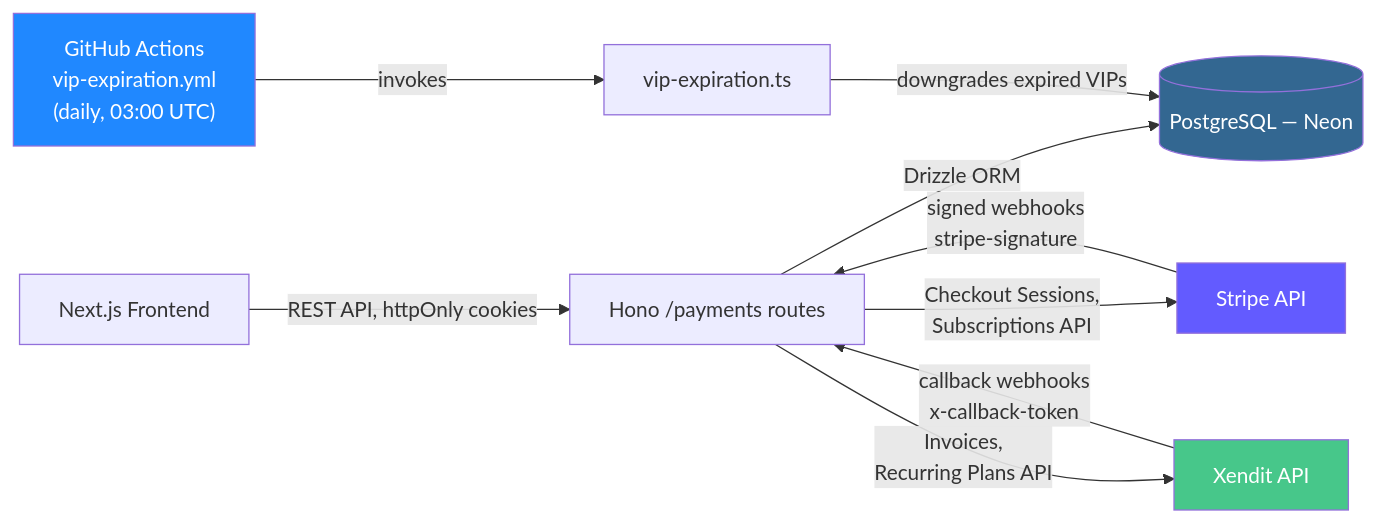
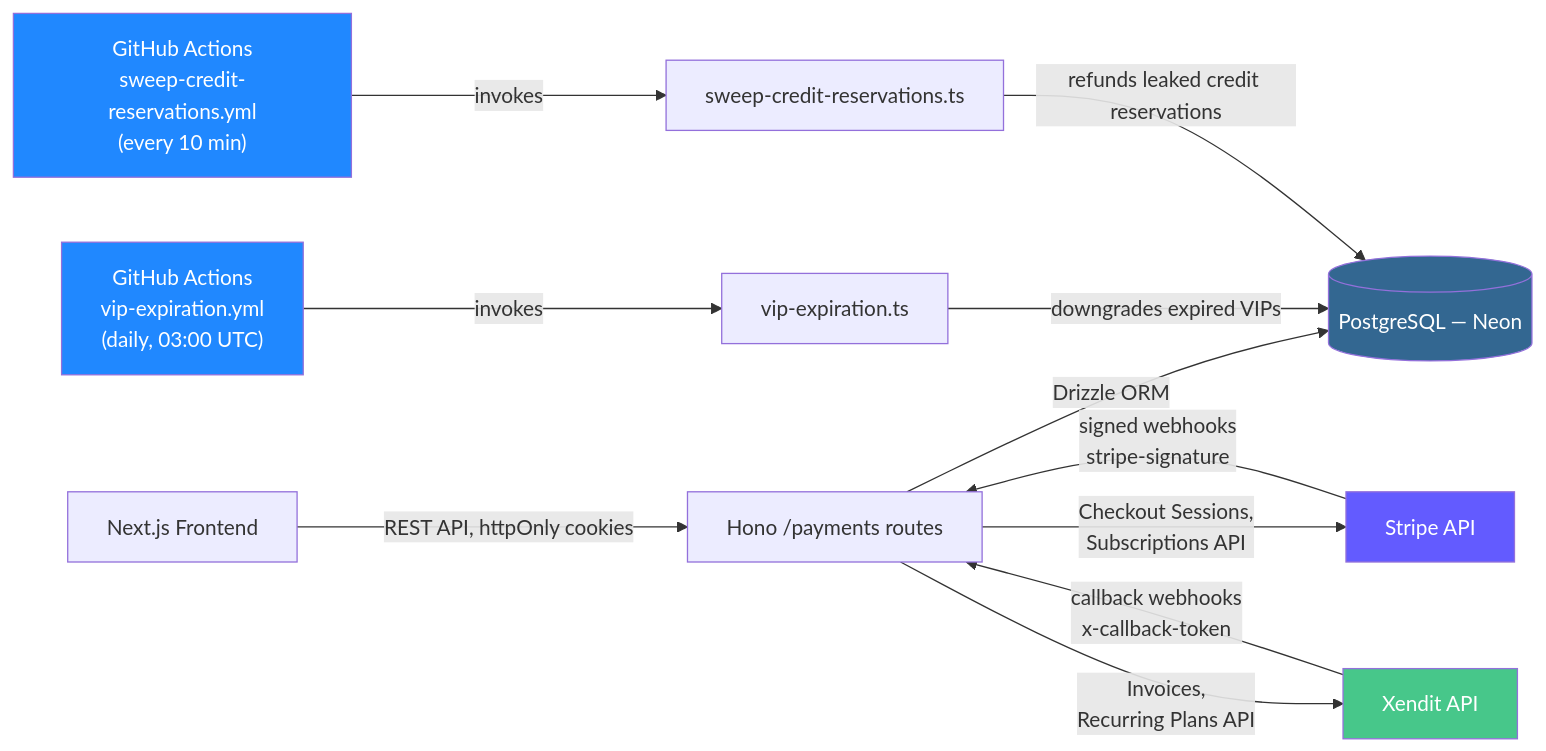
One commit to txufiknr/Twistloom-backend changed the first of 9 diagrams in docs/architecture/PAYMENTS_ARCHITECTURE_BACKEND.md. Above: the diagram before and after it, drawn with Mermaid. The commit also changed other lines of this file and 5 other files, not shown here.

````diff
--- a/docs/architecture/PAYMENTS_ARCHITECTURE_BACKEND.md
+++ b/docs/architecture/PAYMENTS_ARCHITECTURE_BACKEND.md
@@ -42,16 +42,19 @@
 ```mermaid
 graph LR
     Client["Next.js Frontend"] -->|REST API, httpOnly cookies| API["Hono /payments routes"]
     API -->|Drizzle ORM| DB[("PostgreSQL — Neon")]
     API -->|Checkout Sessions,<br/>Subscriptions API| Stripe["Stripe API"]
     API -->|Invoices,<br/>Recurring Plans API| Xendit["Xendit API"]
     Stripe -->|signed webhooks<br/>stripe-signature| API
     Xendit -->|callback webhooks<br/>x-callback-token| API
     Cron["GitHub Actions<br/>vip-expiration.yml<br/>(daily, 03:00 UTC)"] -->|invokes| CronScript["vip-expiration.ts"]
     CronScript -->|downgrades expired VIPs| DB
+    Sweep["GitHub Actions<br/>sweep-credit-reservations.yml<br/>(every 10 min)"] -->|invokes| SweepScript["sweep-credit-reservations.ts"]
+    SweepScript -->|refunds leaked credit reservations| DB
 
     style Stripe fill:#635BFF,color:#fff
     style Xendit fill:#47C78A,color:#fff
     style DB fill:#336791,color:#fff
     style Cron fill:#2088FF,color:#fff
+    style Sweep fill:#2088FF,color:#fff
 ```
````
